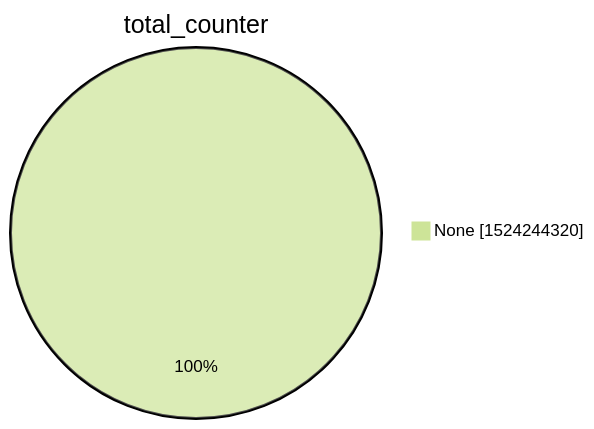
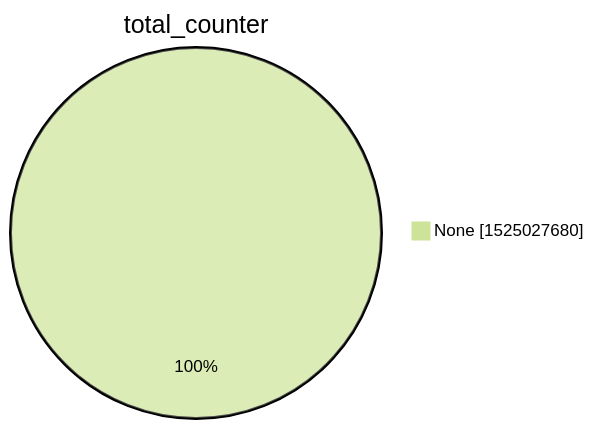
One commit to christiankrug/ctmonitor_visualization changed the second of 15 diagrams in xenon2022/README.md. Above: the diagram before and after it, drawn with Mermaid (forest theme). The commit also changed other lines of this file, not shown here.

````diff
--- a/xenon2022/README.md
+++ b/xenon2022/README.md
@@ -9,5 +9,5 @@
 ```mermaid
 pie showData
 title total_counter
-"None" :1524244320
+"None" :1525027680
 ```
````
